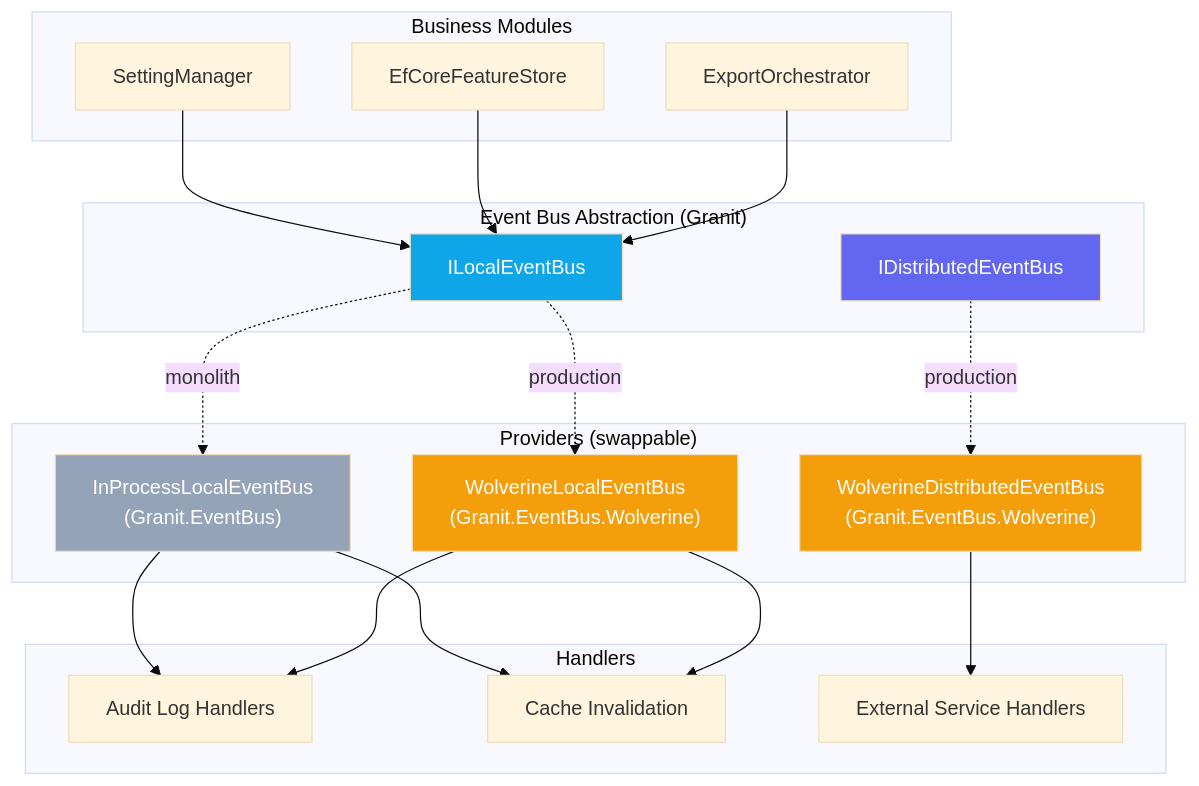
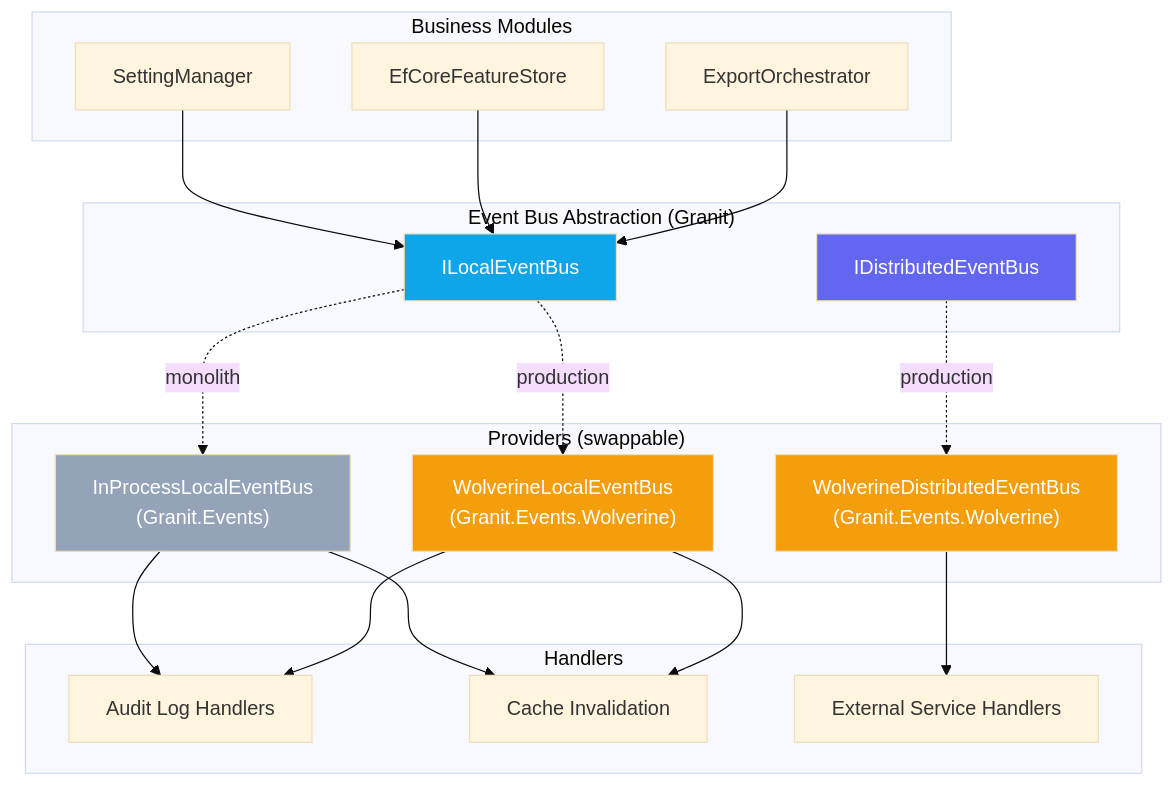
One commit to enraiz/granit-dotnet changed the third of 3 diagrams in docs-site/src/content/docs/dotnet/infrastructure/event-bus.mdx. Above: the diagram before and after it, drawn with Mermaid (base theme). The commit also changed other lines of this file and 225 other files, not shown here.

````diff
--- a/docs-site/src/content/docs/dotnet/infrastructure/event-bus.mdx
+++ b/docs-site/src/content/docs/dotnet/infrastructure/event-bus.mdx
@@ -458,45 +459,45 @@
 ```mermaid
 graph TD
     subgraph "Business Modules"
         SM[SettingManager]
         FS[EfCoreFeatureStore]
         EO[ExportOrchestrator]
     end
 
     subgraph "Event Bus Abstraction (Granit)"
         LEB[ILocalEventBus]
         DEB[IDistributedEventBus]
     end
 
     subgraph "Providers (swappable)"
-        IP["InProcessLocalEventBus\n(Granit.EventBus)"]
-        WL["WolverineLocalEventBus\n(Granit.EventBus.Wolverine)"]
-        WD["WolverineDistributedEventBus\n(Granit.EventBus.Wolverine)"]
+        IP["InProcessLocalEventBus\n(Granit.Events)"]
+        WL["WolverineLocalEventBus\n(Granit.Events.Wolverine)"]
+        WD["WolverineDistributedEventBus\n(Granit.Events.Wolverine)"]
     end
 
     subgraph "Handlers"
         AH[Audit Log Handlers]
         CH[Cache Invalidation]
         EH[External Service Handlers]
     end
 
     SM --> LEB
     FS --> LEB
     EO --> LEB
 
     LEB -.->|monolith| IP
     LEB -.->|production| WL
     DEB -.->|production| WD
 
     IP --> AH
     IP --> CH
     WL --> AH
     WL --> CH
     WD --> EH
 
     style LEB fill:#0ea5e9,color:#fff
     style DEB fill:#6366f1,color:#fff
     style IP fill:#94a3b8,color:#fff
     style WL fill:#f59e0b,color:#fff
     style WD fill:#f59e0b,color:#fff
 ```
````
